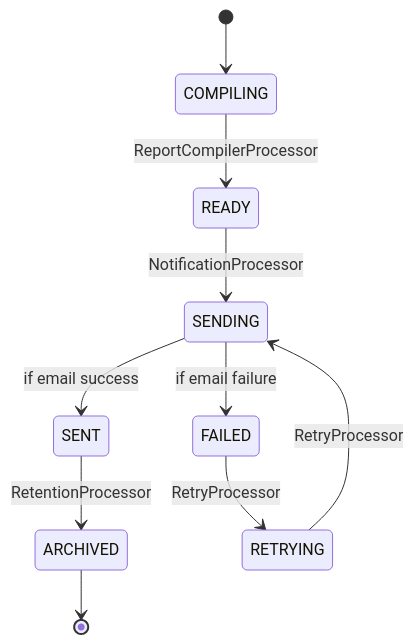
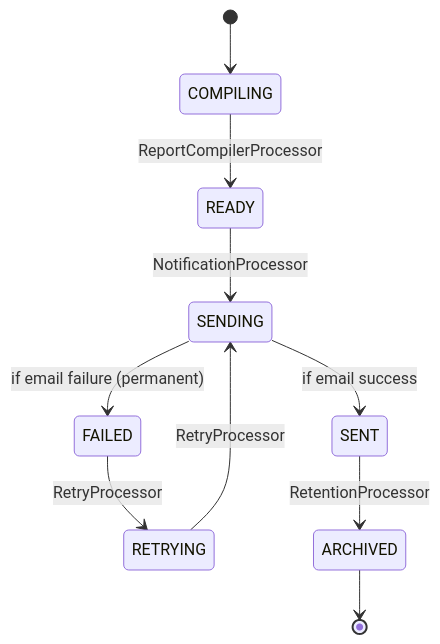
The third of 3 diagrams in src/main/java/com/java_template/prototype/functional_requirement.md (Cyoda-platform/java-client-template), drawn with Mermaid before and after one commit. The commit also changed other lines of this file, not shown here.

````diff
--- a/src/main/java/com/java_template/prototype/functional_requirement.md
+++ b/src/main/java/com/java_template/prototype/functional_requirement.md
@@ -125,12 +208,12 @@
 ```mermaid
 stateDiagram-v2
     [*] --> COMPILING
     COMPILING --> READY : ReportCompilerProcessor
     READY --> SENDING : NotificationProcessor
     SENDING --> SENT : if email success
-    SENDING --> FAILED : if email failure
-    SENT --> ARCHIVED : RetentionProcessor
+    SENDING --> FAILED : if email failure (permanent)
     FAILED --> RETRYING : RetryProcessor
     RETRYING --> SENDING : RetryProcessor
+    SENT --> ARCHIVED : RetentionProcessor
     ARCHIVED --> [*]
 ```
````
